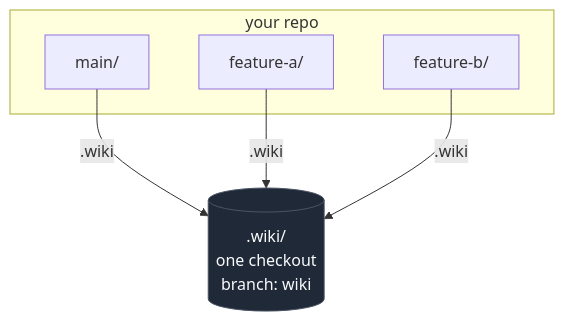
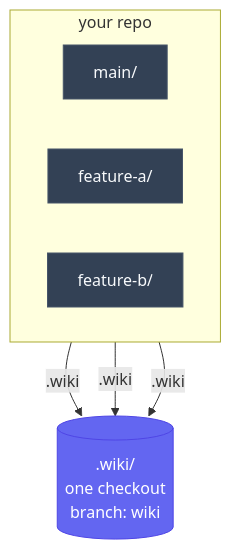
One commit to skarif2/grimoire changed the second of 2 diagrams in README.md. Above: the diagram before and after it, drawn with Mermaid. The commit also changed other lines of this file, not shown here.

````diff
--- a/README.md
+++ b/README.md
@@ -129,16 +176,20 @@
 ```mermaid
 flowchart TD
-    subgraph repo["your repo"]
+    subgraph repo[" your repo "]
+        direction LR
         M["main/"]
         A["feature-a/"]
         B["feature-b/"]
     end
 
     W[(".wiki/<br/>one checkout<br/>branch: wiki")]
 
     M -- ".wiki" --> W
     A -- ".wiki" --> W
     B -- ".wiki" --> W
 
-    style W fill:#1f2937,stroke:#4b5563,color:#f9fafb
+    style W fill:#6366f1,stroke:#4f46e5,color:#ffffff
+    style M fill:#334155,stroke:#475569,color:#f8fafc
+    style A fill:#334155,stroke:#475569,color:#f8fafc
+    style B fill:#334155,stroke:#475569,color:#f8fafc
 ```
````
